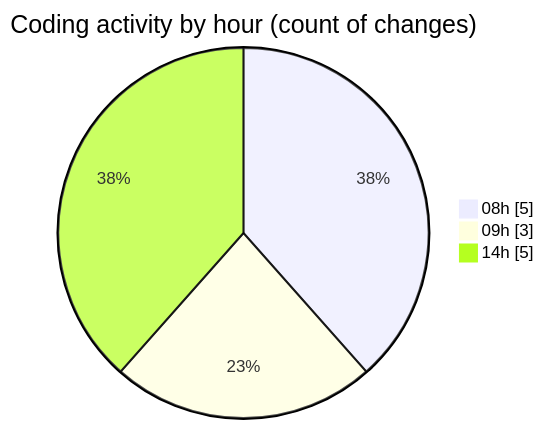
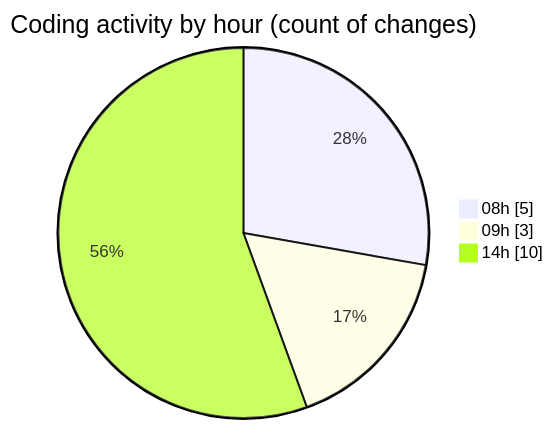
The second of 2 diagrams in 2026-08-31/web/README.md (LanceThiago/code-tracking), drawn with Mermaid before and after one commit. The commit also changed other lines of this file and 1 other file, not shown here.

````diff
--- a/2026-08-31/web/README.md
+++ b/2026-08-31/web/README.md
@@ -30,7 +30,7 @@
 ```mermaid
 pie showData
 title Coding activity by hour (count of changes)
 "08h" : 5
 "09h" : 3
-"14h" : 5
+"14h" : 10
 ```
````
